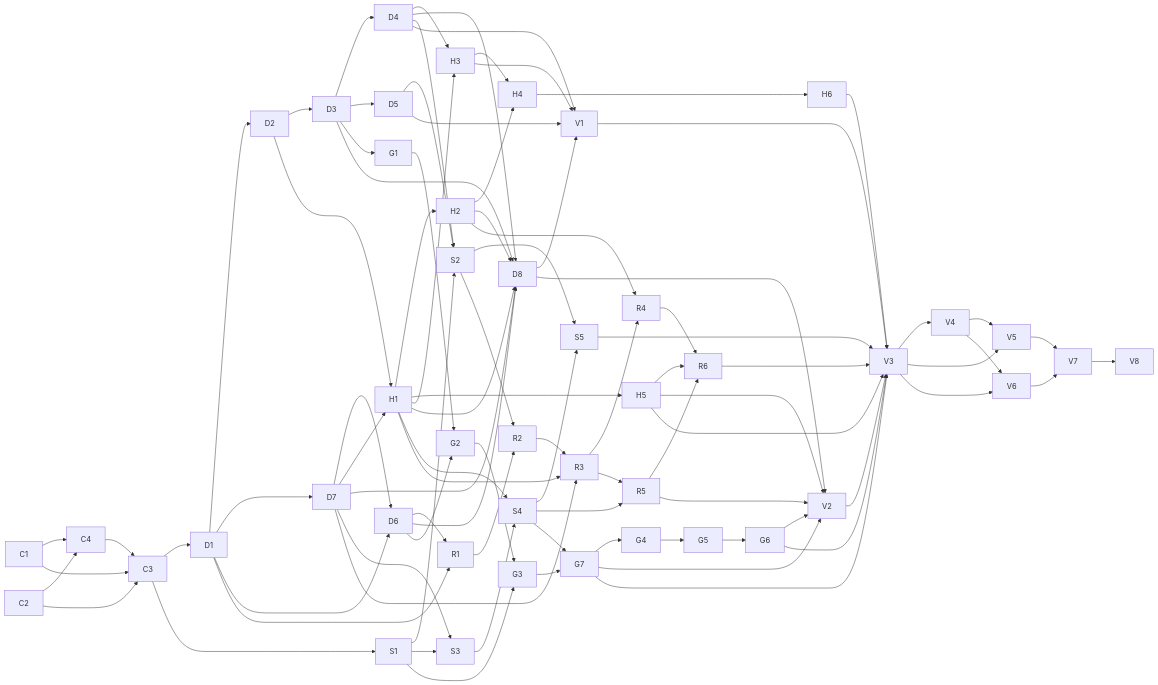
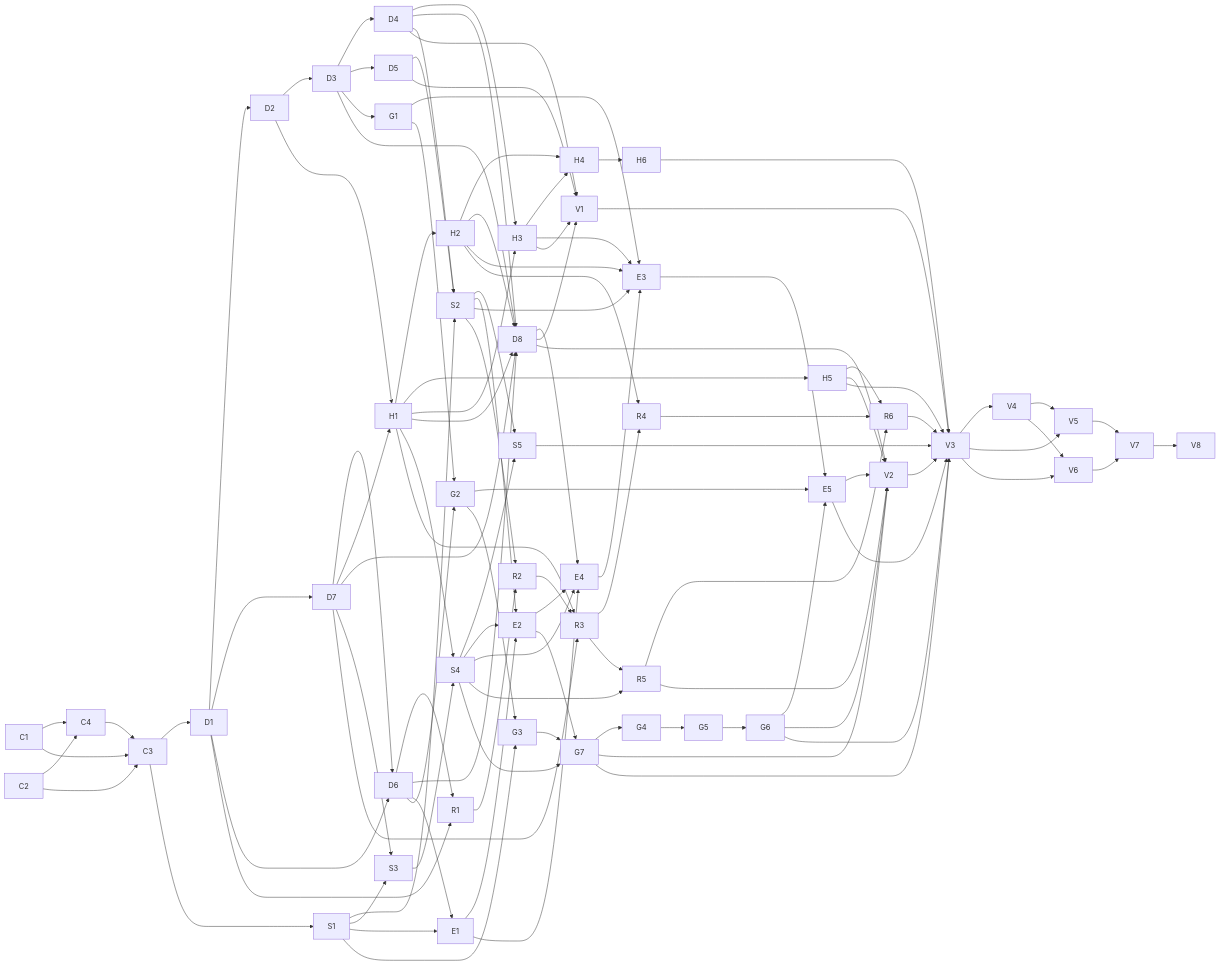
Before and after one commit to dikini/ash-lang: the diagram in docs/design/macros/slice2-delivery-plan.md, drawn with Mermaid. The commit also changed other lines of this file and 88 other files, not shown here.

````diff
--- a/docs/design/macros/slice2-delivery-plan.md
+++ b/docs/design/macros/slice2-delivery-plan.md
@@ -440,39 +476,44 @@
 ```mermaid
 flowchart LR
     C1 & C2 --> C4
     C1 & C2 & C4 --> C3
     C3 --> D1 & S1
     D1 --> D2 & D7
     D1 & D7 --> D6
     D1 & D6 --> R1
     D2 --> D3
     D3 --> D4 & D5 & G1
     D2 & D7 --> H1
     H1 --> H2 & H5
     H1 & D4 --> H3
     H2 & H3 --> H4
     H4 --> H6
     D3 & D4 & D6 & D7 & H1 & H2 --> D8
     S1 & D4 & D5 --> S2
     S1 & D7 --> S3
     S3 & H1 --> S4
     S2 & S4 --> S5
+    D6 & S1 --> E1
+    E1 & S2 & S4 --> E2
+    E1 & E2 & S4 & D8 --> E4
+    E4 & S2 & H2 & H3 & G1 --> E3
+    E3 & G2 & G6 --> E5
     R1 & S2 --> R2
     R2 & H1 & D7 --> R3
     R3 & H2 --> R4
     R3 & S4 --> R5
     R4 & R5 & H5 --> R6
     G1 & D6 --> G2
     G2 & S1 --> G3
-    G3 & S4 --> G7
+    G3 & S4 & E2 --> G7
     G7 --> G4
     G4 --> G5
     G5 --> G6
     D8 & D4 & D5 & H3 --> V1
-    D8 & R5 & G6 & G7 & H5 --> V2
-    V1 & V2 & R6 & G6 & G7 & S5 & H5 & H6 --> V3
+    D8 & R5 & G6 & G7 & H5 & E5 --> V2
+    V1 & V2 & R6 & G6 & G7 & S5 & H5 & H6 & E5 --> V3
     V3 --> V4
     V3 & V4 --> V5 & V6
     V5 & V6 --> V7
     V7 --> V8
 ```
````
